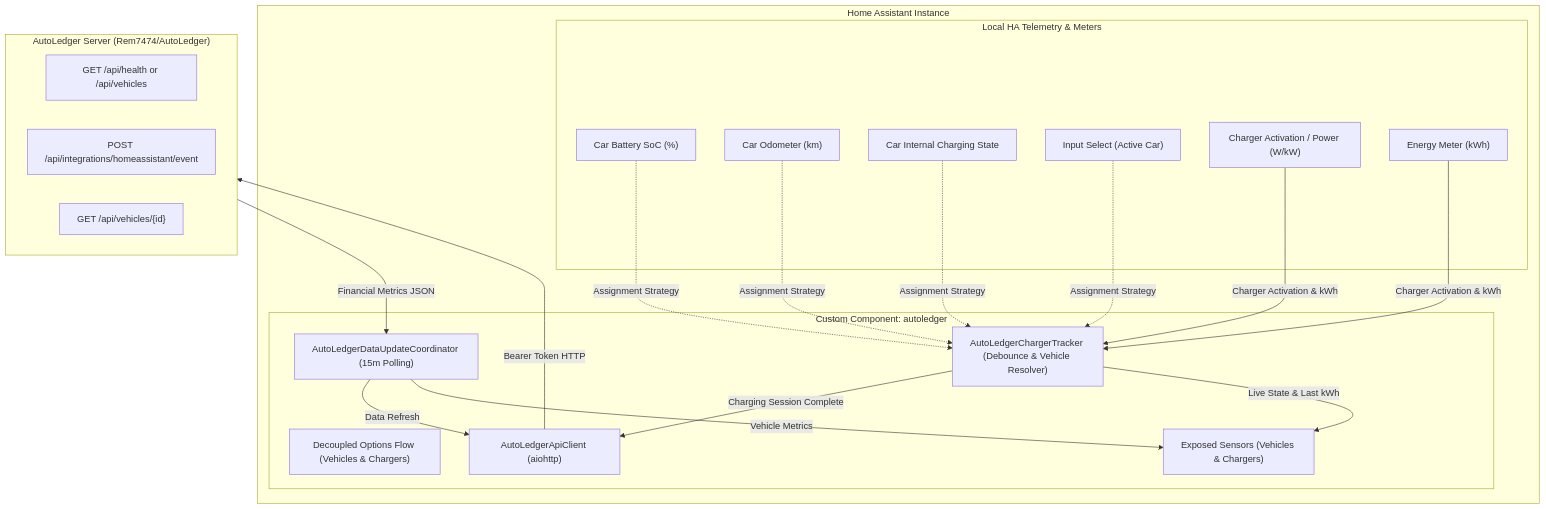
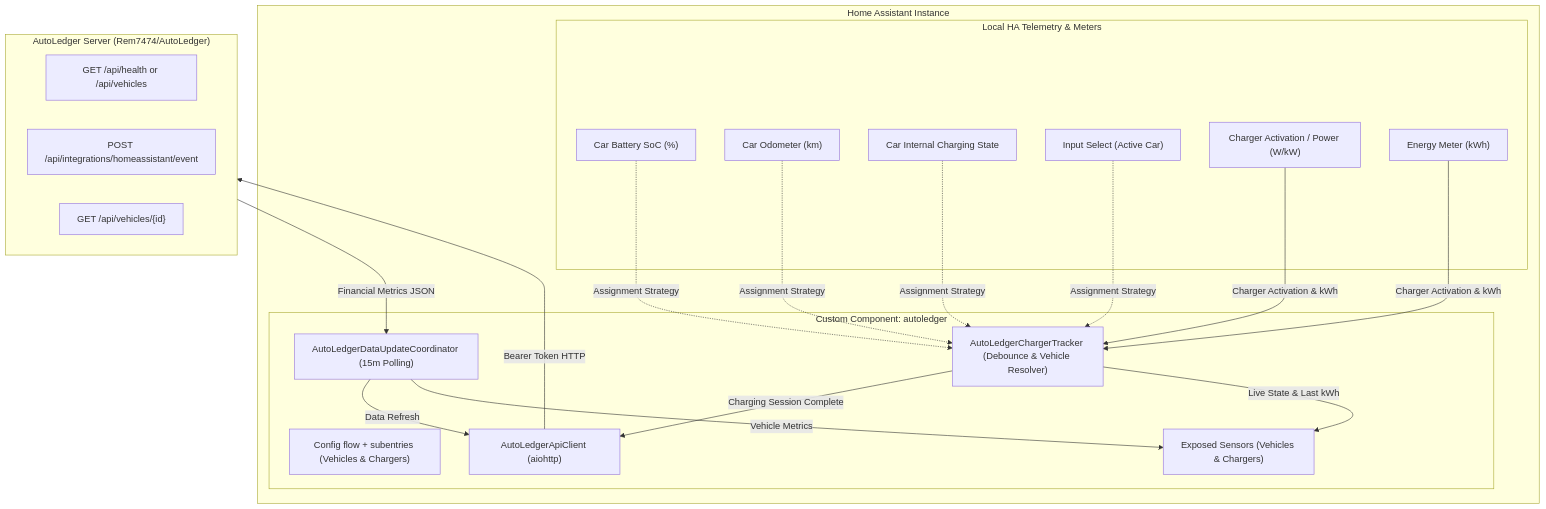
One commit to Rem7474/autoledger-homeassistant changed the diagram in README.md. Above: the diagram before and after it, drawn with Mermaid. The commit also changed other lines of this file and 19 other files, not shown here.

Commit message:
Store vehicles and charging stations as config subentries (#30)

````diff
--- a/README.md
+++ b/README.md
@@ -40,36 +40,36 @@
 ```mermaid
 flowchart TD
     subgraph HomeAssistant["Home Assistant Instance"]
         subgraph LocalEntities["Local HA Telemetry & Meters"]
             CarBattery["Car Battery SoC (%)"]
             CarOdo["Car Odometer (km)"]
             CarState["Car Internal Charging State"]
             InputSelect["Input Select (Active Car)"]
             WallboxPower["Charger Activation / Power (W/kW)"]
             WallboxEnergy["Energy Meter (kWh)"]
         end
 
         subgraph Integration["Custom Component: autoledger"]
-            ConfigFlow["Decoupled Options Flow (Vehicles & Chargers)"]
+            ConfigFlow["Config flow + subentries (Vehicles & Chargers)"]
             ChargerTracker["AutoLedgerChargerTracker (Debounce & Vehicle Resolver)"]
             Coordinator["AutoLedgerDataUpdateCoordinator (15m Polling)"]
             APIClient["AutoLedgerApiClient (aiohttp)"]
             Sensors["Exposed Sensors (Vehicles & Chargers)"]
         end
     end
 
     subgraph Backend["AutoLedger Server (Rem7474/AutoLedger)"]
         APIHealth["GET /api/health or /api/vehicles"]
         APIEvents["POST /api/integrations/homeassistant/event"]
         APIVehicles["GET /api/vehicles/{id}"]
     end
 
     WallboxPower & WallboxEnergy -->|Charger Activation & kWh| ChargerTracker
     CarBattery & CarOdo & CarState & InputSelect -.->|Assignment Strategy| ChargerTracker
     ChargerTracker -->|Charging Session Complete| APIClient
     Coordinator -->|Data Refresh| APIClient
     APIClient -->|Bearer Token HTTP| Backend
     Backend -->|Financial Metrics JSON| Coordinator
     Coordinator -->|Vehicle Metrics| Sensors
     ChargerTracker -->|Live State & Last kWh| Sensors
 ```
````
